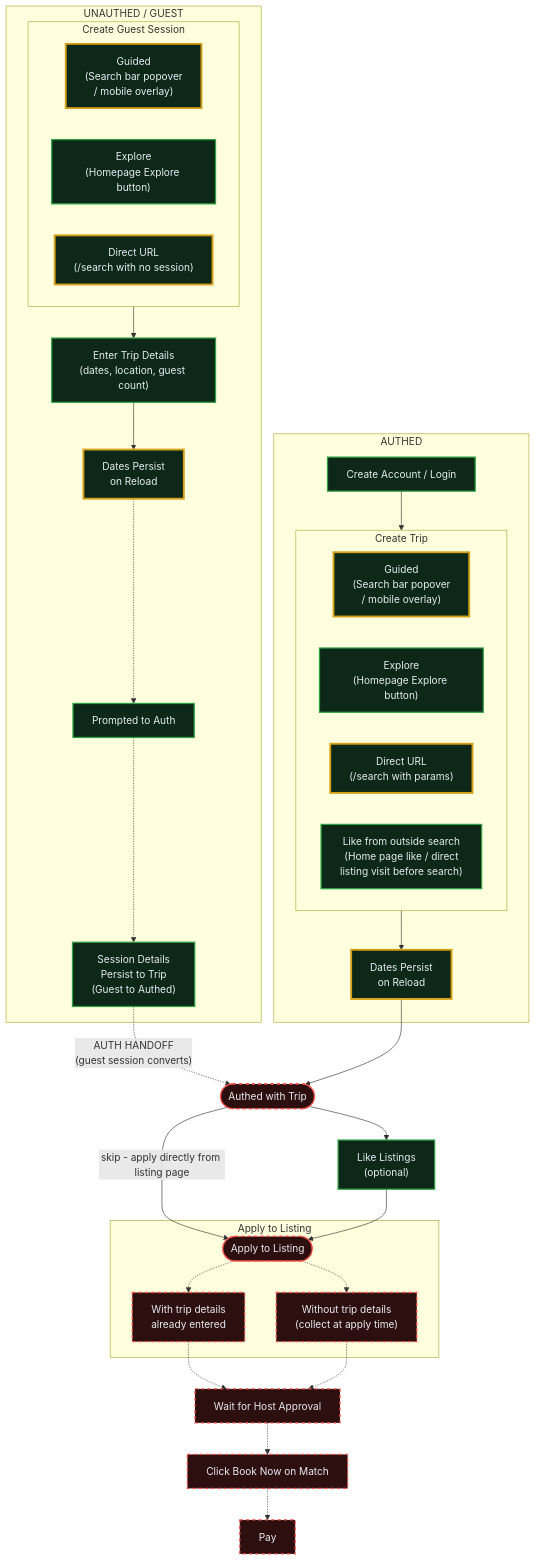
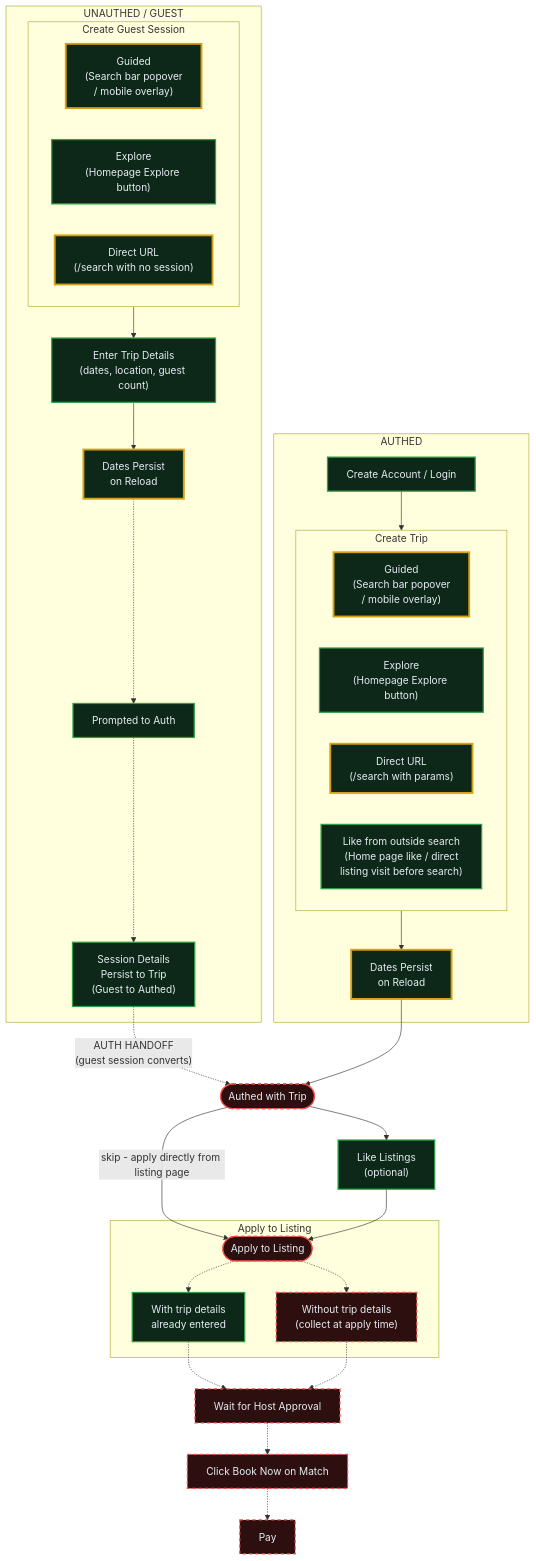
Before and after one commit to Matchbook-Rentals/matchbook-web-frontend: the first of 2 diagrams in e2e/renter-flow.md, drawn with Mermaid. The commit also changed other lines of this file and 3 other files, not shown here.

First line of the commit message:
feat: e2e test for apply-to-listing wizard + fix submit flow bugs

````diff
--- a/e2e/renter-flow.md
+++ b/e2e/renter-flow.md
@@ -5,67 +5,68 @@
 ```mermaid
 flowchart TD
     classDef tested fill:#0d2818,stroke:#2ea043,stroke-width:2px,color:#e6edf3
     classDef untested fill:#2d0f0f,stroke:#f85149,stroke-width:2px,color:#e6edf3,stroke-dasharray:5 5
     classDef mobile fill:#0d2818,stroke:#d4a017,stroke-width:3px,color:#e6edf3
 
     subgraph GUEST ["UNAUTHED / GUEST"]
         subgraph ENTRY ["Create Guest Session"]
             A1["Guided<br/>(Search bar popover<br/>/ mobile overlay)"]
             A2["Explore<br/>(Homepage Explore button)"]
             A3["Direct URL<br/>(/search with no session)"]
         end
 
         ENTRY --> C["Enter Trip Details<br/>(dates, location, guest count)"]
         C --> C2["Dates Persist<br/>on Reload"]
         C2 -.-> D["Prompted to Auth"]
         D -.-> E["Session Details<br/>Persist to Trip<br/>(Guest to Authed)"]
     end
 
     subgraph AUTHED ["AUTHED"]
         F["Create Account / Login"]
 
         subgraph TRIP ["Create Trip"]
             G1["Guided<br/>(Search bar popover<br/>/ mobile overlay)"]
             G2["Explore<br/>(Homepage Explore button)"]
             G3["Direct URL<br/>(/search with params)"]
             G4["Like from outside search<br/>(Home page like / direct<br/>listing visit before search)"]
         end
 
         F --> TRIP
         TRIP --> T2["Dates Persist<br/>on Reload"]
     end
 
     E -.->|"AUTH HANDOFF<br/>(guest session converts)"| UNIFY
     T2 --> UNIFY
 
     UNIFY(["Authed with Trip"])
 
     UNIFY --> H["Like Listings<br/>(optional)"]
     UNIFY -->|"skip - apply directly from listing page"| MERGE
 
     H --> MERGE
 
     subgraph APPLY ["Apply to Listing"]
         MERGE(["Apply to Listing"])
         MERGE -.-> AP1["With trip details<br/>already entered"]
         MERGE -.-> AP2["Without trip details<br/>(collect at apply time)"]
     end
 
     AP1 -.-> I["Wait for Host Approval"]
     AP2 -.-> I
     I -.-> J["Click Book Now on Match"]
     J -.-> K["Pay"]
 
     class F,H,E,D tested
     class C2 mobile
     class T2 mobile
     class G2 tested
     class G3 mobile
     class G1 mobile
     class G4 tested
     class A1 mobile
     class C tested
-    class UNIFY,MERGE,AP1,AP2,I,J,K untested
+    class AP1 tested
+    class UNIFY,MERGE,AP2,I,J,K untested
     class A3 mobile
     class A2 tested
 ```
````
